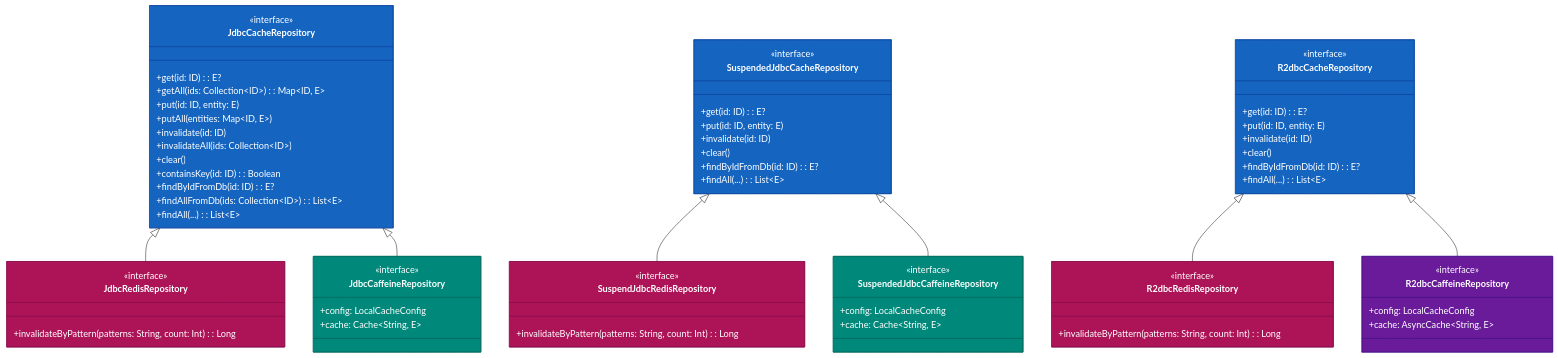
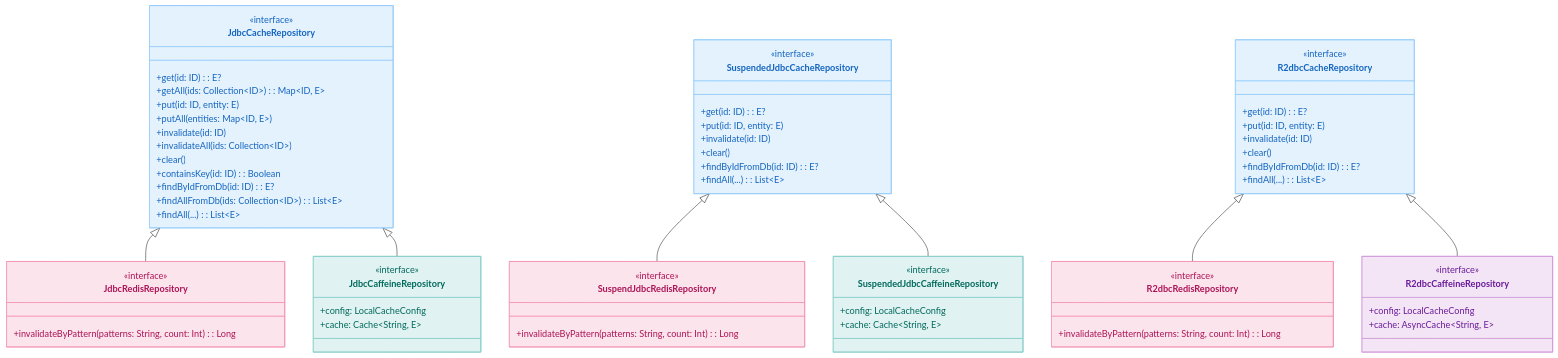
Before and after one commit to bluetape4k/bluetape4k-projects: the first of 3 diagrams in data/exposed-cache/README.ko.md, drawn with Mermaid. The commit also changed other lines of this file and 219 other files, not shown here.

First line of the commit message:
docs: 전체 README Mermaid 다이어그램 가이드 적용

````diff
--- a/data/exposed-cache/README.ko.md
+++ b/data/exposed-cache/README.ko.md
@@ -26,81 +26,81 @@
 ```mermaid
 classDiagram
     direction TB
 
     class JdbcCacheRepository {
         <<interface>>
         +get(id: ID): E?
         +getAll(ids: Collection~ID~): Map~ID, E~
         +put(id: ID, entity: E)
         +putAll(entities: Map~ID, E~)
         +invalidate(id: ID)
         +invalidateAll(ids: Collection~ID~)
         +clear()
         +containsKey(id: ID): Boolean
         +findByIdFromDb(id: ID): E?
         +findAllFromDb(ids: Collection~ID~): List~E~
         +findAll(...): List~E~
     }
     class JdbcRedisRepository {
         <<interface>>
         +invalidateByPattern(patterns: String, count: Int): Long
     }
     class JdbcCaffeineRepository {
         <<interface>>
         +config: LocalCacheConfig
         +cache: Cache~String, E~
     }
     class SuspendedJdbcCacheRepository {
         <<interface>>
         +get(id: ID): E?
         +put(id: ID, entity: E)
         +invalidate(id: ID)
         +clear()
         +findByIdFromDb(id: ID): E?
         +findAll(...): List~E~
     }
     class SuspendJdbcRedisRepository {
         <<interface>>
         +invalidateByPattern(patterns: String, count: Int): Long
     }
     class SuspendedJdbcCaffeineRepository {
         <<interface>>
         +config: LocalCacheConfig
         +cache: Cache~String, E~
     }
     class R2dbcCacheRepository {
         <<interface>>
         +get(id: ID): E?
         +put(id: ID, entity: E)
         +invalidate(id: ID)
         +clear()
         +findByIdFromDb(id: ID): E?
         +findAll(...): List~E~
     }
     class R2dbcRedisRepository {
         <<interface>>
         +invalidateByPattern(patterns: String, count: Int): Long
     }
     class R2dbcCaffeineRepository {
         <<interface>>
         +config: LocalCacheConfig
         +cache: AsyncCache~String, E~
     }
 
     JdbcCacheRepository <|-- JdbcRedisRepository
     JdbcCacheRepository <|-- JdbcCaffeineRepository
     SuspendedJdbcCacheRepository <|-- SuspendJdbcRedisRepository
     SuspendedJdbcCacheRepository <|-- SuspendedJdbcCaffeineRepository
     R2dbcCacheRepository <|-- R2dbcRedisRepository
     R2dbcCacheRepository <|-- R2dbcCaffeineRepository
 
-    style JdbcCacheRepository fill:#1565C0,stroke:#0D47A1,color:#FFFFFF
-    style JdbcRedisRepository fill:#AD1457,stroke:#880E4F,color:#FFFFFF
-    style JdbcCaffeineRepository fill:#00897B,stroke:#00695C,color:#FFFFFF
-    style SuspendedJdbcCacheRepository fill:#1565C0,stroke:#0D47A1,color:#FFFFFF
-    style SuspendJdbcRedisRepository fill:#AD1457,stroke:#880E4F,color:#FFFFFF
-    style SuspendedJdbcCaffeineRepository fill:#00897B,stroke:#00695C,color:#FFFFFF
-    style R2dbcCacheRepository fill:#1565C0,stroke:#0D47A1,color:#FFFFFF
-    style R2dbcRedisRepository fill:#AD1457,stroke:#880E4F,color:#FFFFFF
-    style R2dbcCaffeineRepository fill:#6A1B9A,stroke:#4A148C,color:#FFFFFF
+    style JdbcCacheRepository fill:#E3F2FD,stroke:#90CAF9,color:#1565C0
+    style JdbcRedisRepository fill:#FCE4EC,stroke:#F48FB1,color:#AD1457
+    style JdbcCaffeineRepository fill:#E0F2F1,stroke:#80CBC4,color:#00695C
+    style SuspendedJdbcCacheRepository fill:#E3F2FD,stroke:#90CAF9,color:#1565C0
+    style SuspendJdbcRedisRepository fill:#FCE4EC,stroke:#F48FB1,color:#AD1457
+    style SuspendedJdbcCaffeineRepository fill:#E0F2F1,stroke:#80CBC4,color:#00695C
+    style R2dbcCacheRepository fill:#E3F2FD,stroke:#90CAF9,color:#1565C0
+    style R2dbcRedisRepository fill:#FCE4EC,stroke:#F48FB1,color:#AD1457
+    style R2dbcCaffeineRepository fill:#F3E5F5,stroke:#CE93D8,color:#6A1B9A
 ```
````
